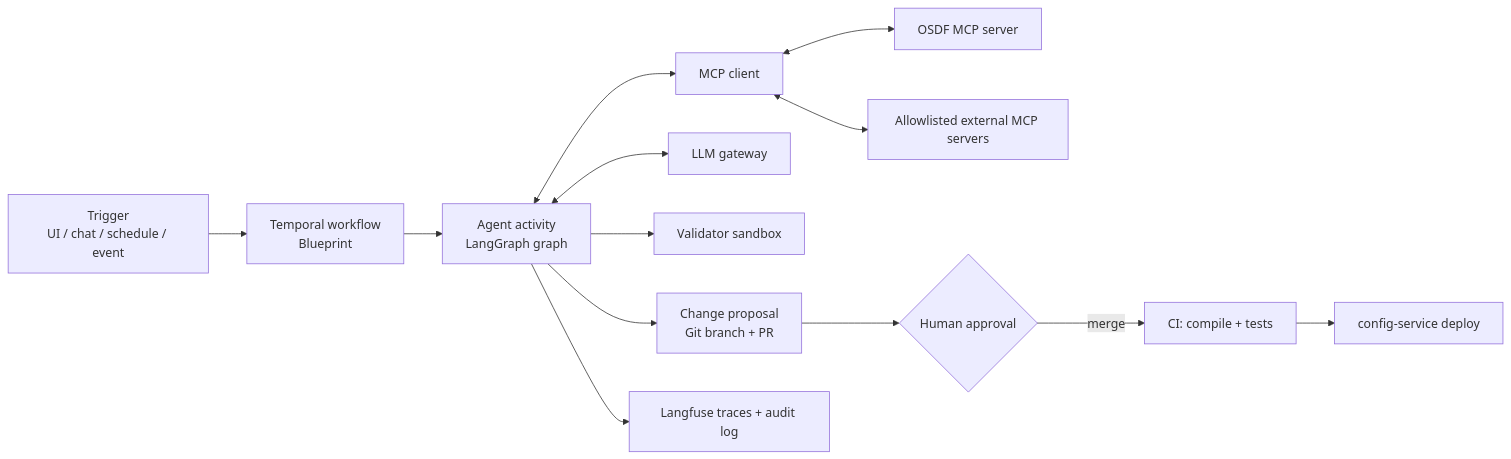
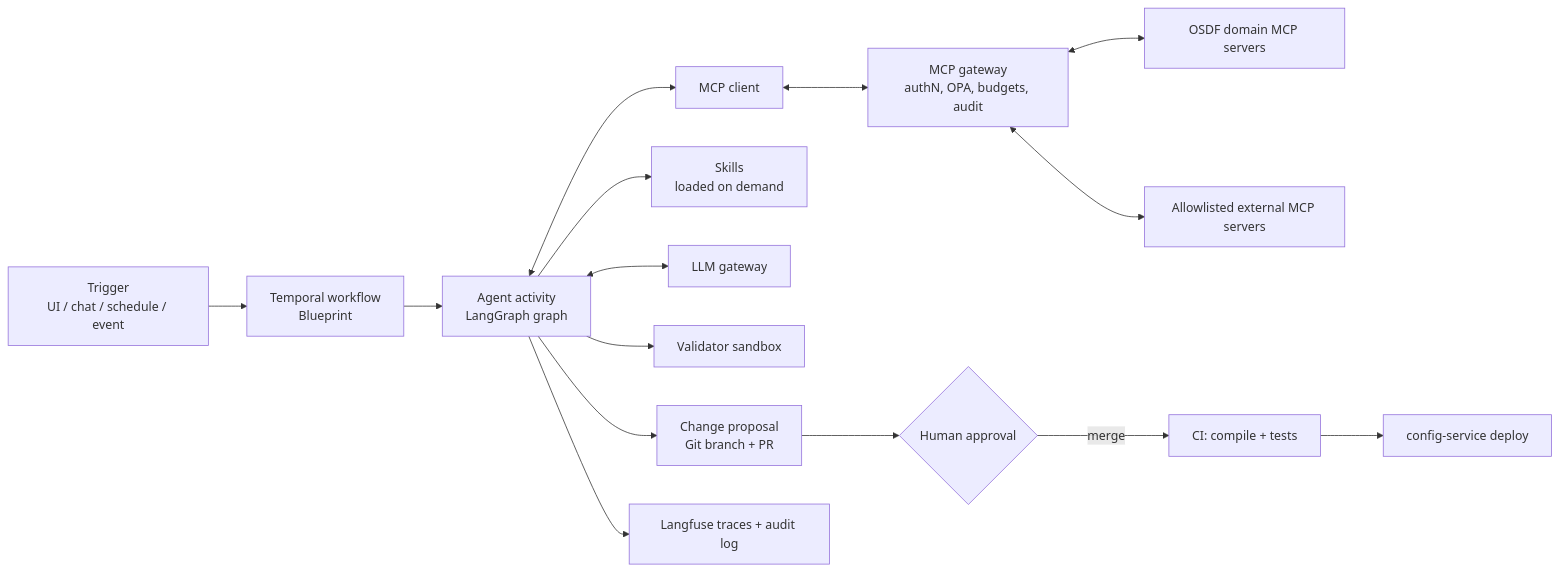
Before and after one commit to SClinton/fibrik: the sixth of 7 diagrams in architecture.md, drawn with Mermaid. The commit also changed other lines of this file and 3 other files, not shown here.

````diff
--- a/architecture.md
+++ b/architecture.md
@@ -502,14 +517,16 @@
 ```mermaid
 flowchart LR
   T[Trigger<br/>UI / chat / schedule / event] --> WF[Temporal workflow<br/>Blueprint]
   WF --> A[Agent activity<br/>LangGraph graph]
   A <--> TOOLS[MCP client]
-  TOOLS <--> MCP[OSDF MCP server]
-  TOOLS <--> EXT[Allowlisted external MCP servers]
+  A --> SK[Skills<br/>loaded on demand]
+  TOOLS <--> MGW[MCP gateway<br/>authN, OPA, budgets, audit]
+  MGW <--> MCP[OSDF domain MCP servers]
+  MGW <--> EXT[Allowlisted external MCP servers]
   A <--> GW[LLM gateway]
   A --> VAL[Validator sandbox]
   A --> PROP[Change proposal<br/>Git branch + PR]
   PROP --> HUMAN{Human approval}
   HUMAN -- merge --> CICD[CI: compile + tests] --> DEPLOY[config-service deploy]
   A --> TRACE[Langfuse traces + audit log]
 ```
````
